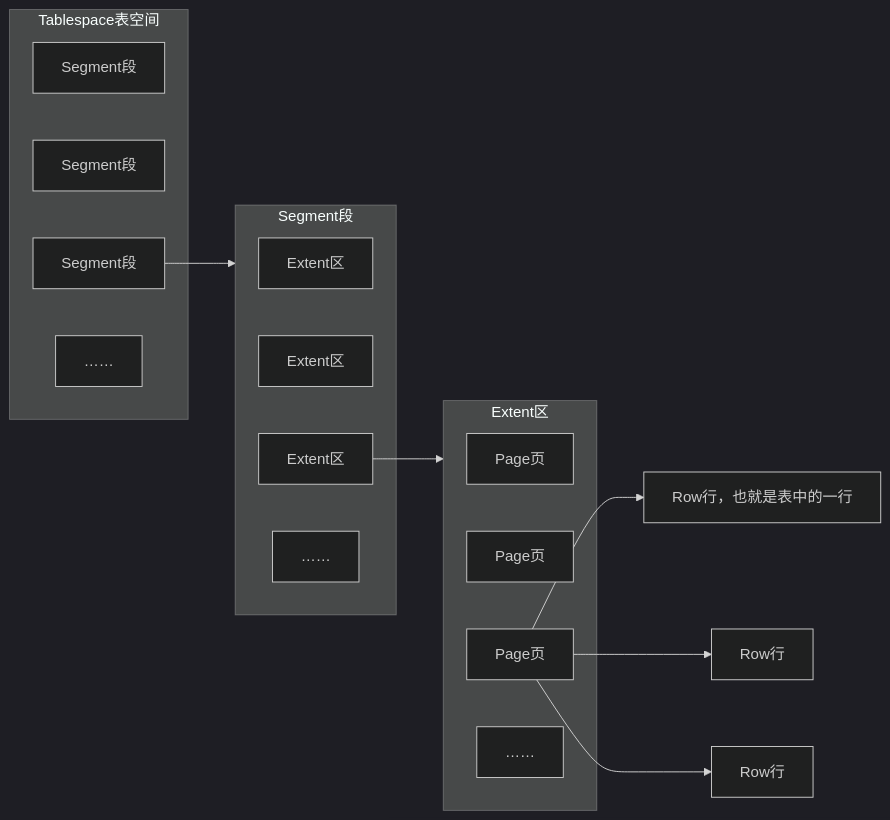
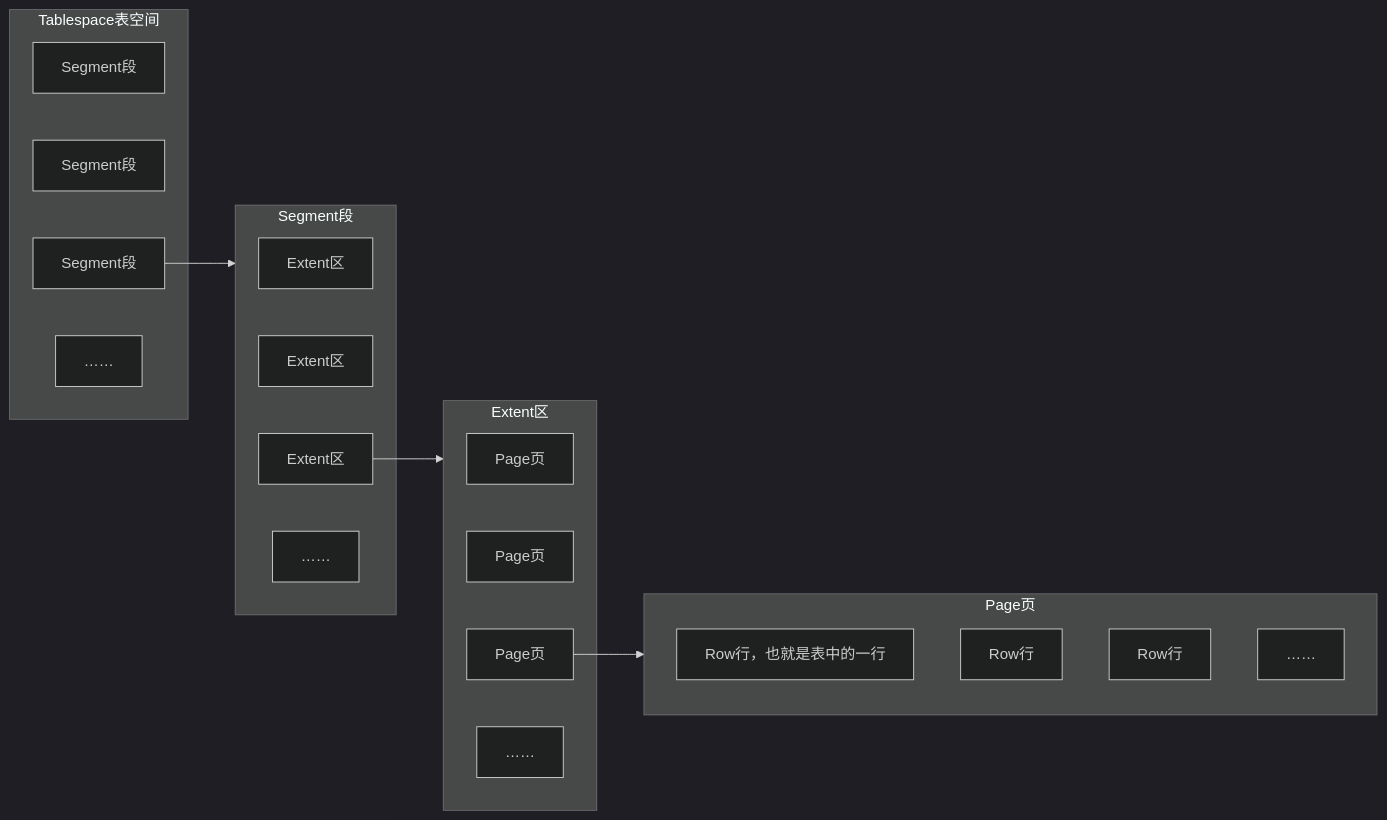
Before and after one commit to poppop9/obsidian: the diagram in 计算机/数据库/MySQL/4-3 存储引擎.md, drawn with Mermaid (dark theme). The commit also changed other lines of this file and 2 other files, not shown here.

Commit message:
vault backup: 2024-05-25 14:22:00

````diff
--- a/计算机/数据库/MySQL/4-3 存储引擎.md
+++ b/计算机/数据库/MySQL/4-3 存储引擎.md
@@ -24,31 +30,36 @@
 ```mermaid
 graph LR
 	subgraph Tablespace表空间
 		a[Segment段]
 		b[Segment段]
 		c[Segment段]
 		d[……]
 	end
 
 	c-->Segment段
 
 	subgraph Segment段
 		e[Extent区]
 		f[Extent区]
 		g[Extent区]
 		h[……]
 	end
 
 	g-->Extent区
 
 	subgraph Extent区
 		i[Page页]
 		j[Page页]
 		k[Page页]
 		l[……]
 	end
 
-	k-->m[Row行，也就是表中的一行]
-	k-->n[Row行]
-	k-->o[Row行]
+	k-->Page页
+	
+	subgraph Page页
+		m[Row行，也就是表中的一行]
+		n[Row行]
+		o[Row行]
+		p[……]
+	end	
 ```
````
